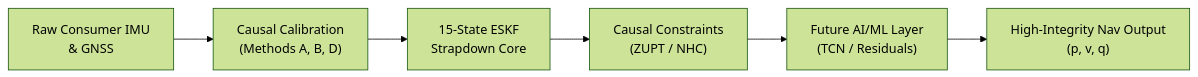
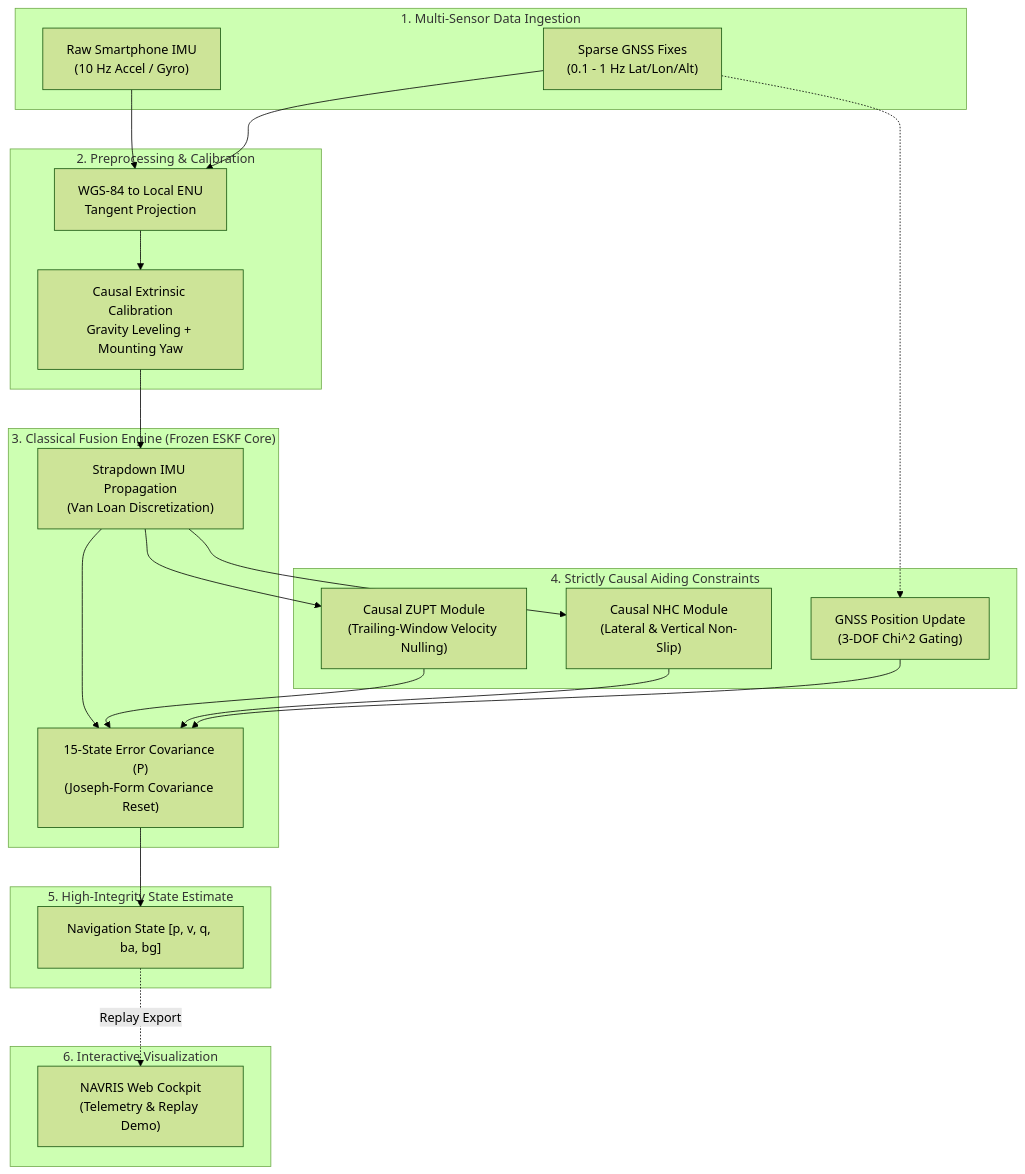
One commit to the-jaypatel/NAVRIS changed the diagram in README.md. Above: the diagram before and after it, drawn with Mermaid (forest theme). The commit also changed other lines of this file and 36 other files, not shown here.

````diff
--- a/README.md
+++ b/README.md
@@ -39,8 +56,44 @@
 ```mermaid
-flowchart LR
-    A["Raw Consumer IMU<br/>& GNSS"] --> B["Causal Calibration<br/>(Methods A, B, D)"]
-    B --> C["15-State ESKF<br/>Strapdown Core"]
-    C --> D["Causal Constraints<br/>(ZUPT / NHC)"]
-    D --> E["Future AI/ML Layer<br/>(TCN / Residuals)"]
-    E --> F["High-Integrity Nav Output<br/>(p, v, q)"]
+flowchart TD
+    subgraph DataInput ["1. Multi-Sensor Data Ingestion"]
+        A1["Raw Smartphone IMU<br/>(10 Hz Accel / Gyro)"]
+        A2["Sparse GNSS Fixes<br/>(0.1 - 1 Hz Lat/Lon/Alt)"]
+    end
+
+    subgraph Preprocessing ["2. Preprocessing & Calibration"]
+        B1["WGS-84 to Local ENU<br/>Tangent Projection"]
+        B2["Causal Extrinsic Calibration<br/>Gravity Leveling + Mounting Yaw"]
+        A1 --> B1
+        A2 --> B1
+        B1 --> B2
+    end
+
+    subgraph NavigationCore ["3. Classical Fusion Engine (Frozen ESKF Core)"]
+        C1["Strapdown IMU Propagation<br/>(Van Loan Discretization)"]
+        C2["15-State Error Covariance (P)<br/>(Joseph-Form Covariance Reset)"]
+        B2 --> C1
+        C1 --> C2
+    end
+
+    subgraph UpdateConstraints ["4. Strictly Causal Aiding Constraints"]
+        D1["GNSS Position Update<br/>(3-DOF Chi^2 Gating)"]
+        D2["Causal ZUPT Module<br/>(Trailing-Window Velocity Nulling)"]
+        D3["Causal NHC Module<br/>(Lateral & Vertical Non-Slip)"]
+        A2 -.-> D1
+        C1 --> D2
+        C1 --> D3
+        D1 --> C2
+        D2 --> C2
+        D3 --> C2
+    end
+
+    subgraph StateOutput ["5. High-Integrity State Estimate"]
+        E1["Navigation State [p, v, q, ba, bg]"]
+        C2 --> E1
+    end
+
+    subgraph WebCockpit ["6. Interactive Visualization"]
+        F1["NAVRIS Web Cockpit<br/>(Telemetry & Replay Demo)"]
+        E1 -.->|Replay Export| F1
+    end
 ```
````
